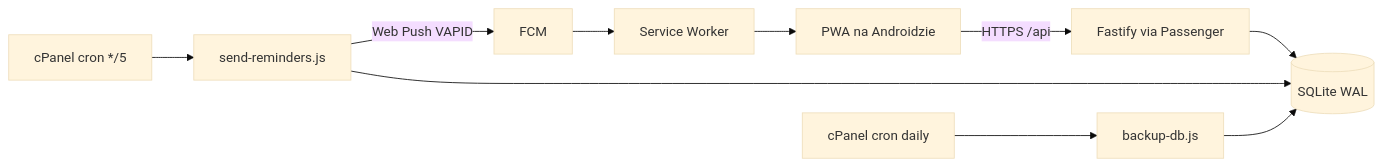
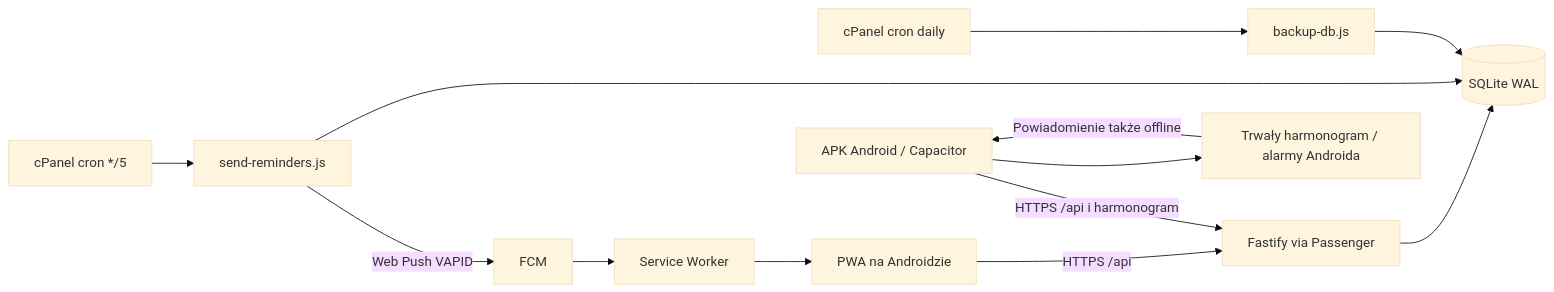
The diagram in docs/plan.md (WojciechPreficz/rodzina), drawn with Mermaid (base theme) before and after one commit. The commit also changed other lines of this file and 3 other files, not shown here.

Commit message:
docs: plan Android offline reminders and renumber phases

````diff
--- a/docs/plan.md
+++ b/docs/plan.md
@@ -183,12 +188,15 @@
 ```mermaid
 flowchart LR
   Phone["PWA na Androidzie"] -->|"HTTPS /api"| Api["Fastify via Passenger"]
   Api --> Db[("SQLite WAL")]
   Cron["cPanel cron */5"] --> Job["send-reminders.js"]
   CronDaily["cPanel cron daily"] --> Backup["backup-db.js"]
   Job --> Db
   Backup --> Db
   Job -->|"Web Push VAPID"| Fcm["FCM"]
   Fcm --> SW["Service Worker"]
   SW --> Phone
+  Apk["APK Android / Capacitor"] -->|"HTTPS /api i harmonogram"| Api
+  Apk --> Local["Trwały harmonogram / alarmy Androida"]
+  Local -->|"Powiadomienie także offline"| Apk
 ```
````
